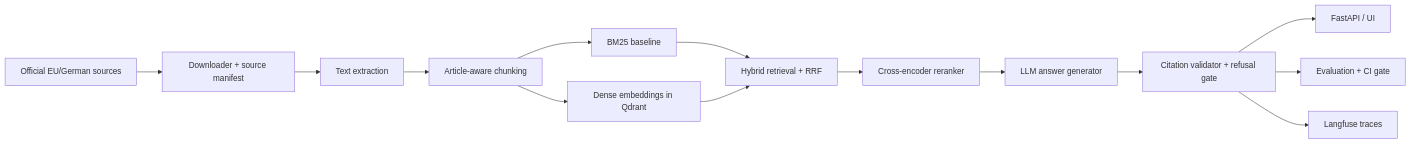
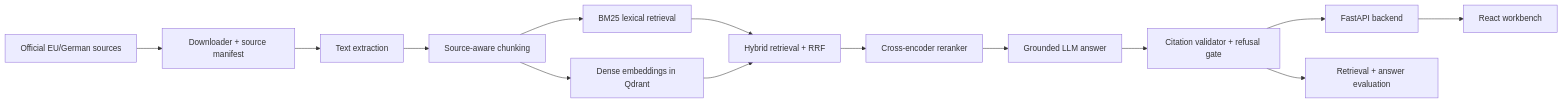
The diagram in README.md (faizan10152/reguRAG), drawn with Mermaid before and after one commit. The commit also changed other lines of this file and 4 other files, not shown here.

````diff
--- a/README.md
+++ b/README.md
@@ -43,16 +47,16 @@
 ```mermaid
 flowchart LR
   A["Official EU/German sources"] --> B["Downloader + source manifest"]
   B --> C["Text extraction"]
-  C --> D["Article-aware chunking"]
-  D --> E["BM25 baseline"]
+  C --> D["Source-aware chunking"]
+  D --> E["BM25 lexical retrieval"]
   D --> F["Dense embeddings in Qdrant"]
   E --> G["Hybrid retrieval + RRF"]
   F --> G
   G --> H["Cross-encoder reranker"]
-  H --> I["LLM answer generator"]
+  H --> I["Grounded LLM answer"]
   I --> J["Citation validator + refusal gate"]
-  J --> K["FastAPI / UI"]
-  J --> L["Evaluation + CI gate"]
-  J --> M["Langfuse traces"]
+  J --> K["FastAPI backend"]
+  K --> L["React workbench"]
+  J --> M["Retrieval + answer evaluation"]
 ```
````
